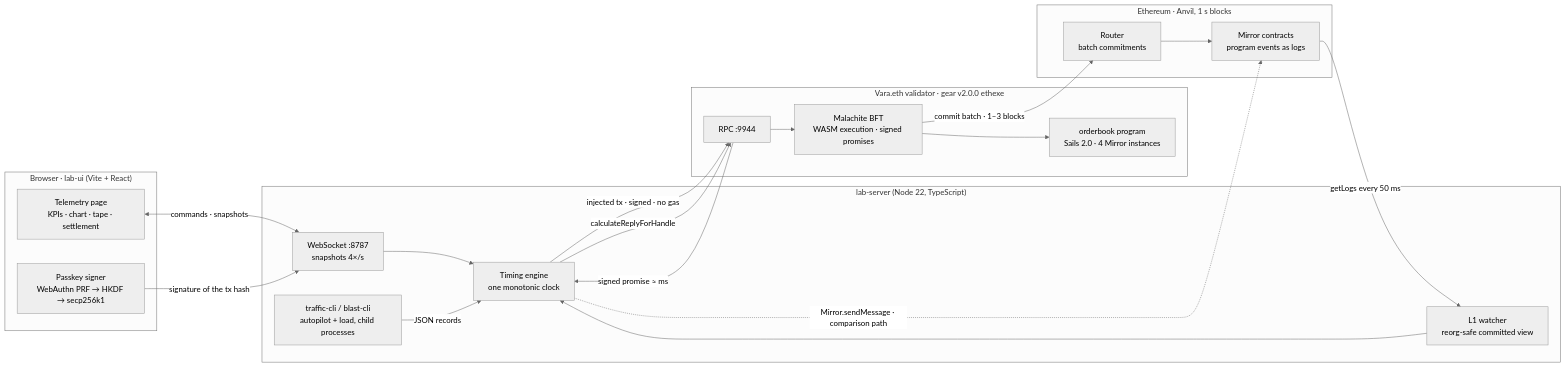
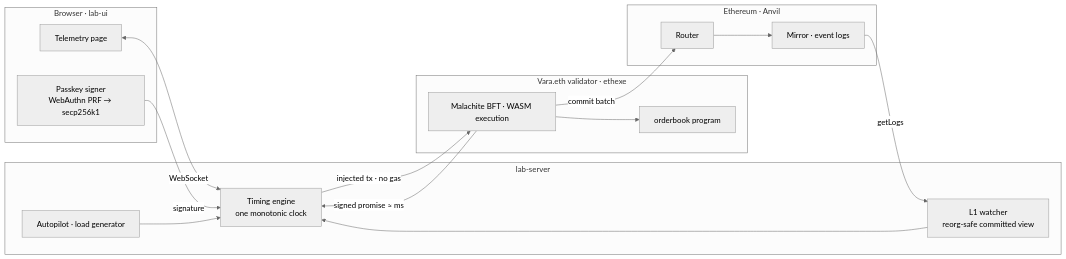
One commit to Adityaakr/vara-eth-runner changed the first of 2 diagrams in README.md. Above: the diagram before and after it, drawn with Mermaid (neutral theme). The commit also changed other lines of this file, not shown here.

````diff
--- a/README.md
+++ b/README.md
@@ -11,33 +11,28 @@
 ```mermaid
 flowchart LR
-  subgraph Browser["Browser · lab-ui (Vite + React)"]
-    UI["Telemetry page<br/>KPIs · chart · tape · settlement"]
-    PK["Passkey signer<br/>WebAuthn PRF → HKDF → secp256k1"]
+  subgraph Browser["Browser · lab-ui"]
+    UI["Telemetry page"]
+    PK["Passkey signer<br/>WebAuthn PRF → secp256k1"]
   end
-  subgraph Server["lab-server (Node 22, TypeScript)"]
-    WS["WebSocket :8787<br/>snapshots 4×/s"]
+  subgraph Server["lab-server"]
     ENG["Timing engine<br/>one monotonic clock"]
     WATCH["L1 watcher<br/>reorg-safe committed view"]
-    AUTO["traffic-cli / blast-cli<br/>autopilot + load, child processes"]
+    AUTO["Autopilot · load generator"]
   end
-  subgraph Vara["Vara.eth validator · gear v2.0.0 ethexe"]
-    RPC["RPC :9944"]
-    EXEC["Malachite BFT<br/>WASM execution · signed promises"]
-    PRG["orderbook program<br/>Sails 2.0 · 4 Mirror instances"]
+  subgraph Vara["Vara.eth validator · ethexe"]
+    EXEC["Malachite BFT · WASM execution"]
+    PRG["orderbook program"]
   end
-  subgraph Eth["Ethereum · Anvil, 1 s blocks"]
-    ROUTER["Router<br/>batch commitments"]
-    MIRROR["Mirror contracts<br/>program events as logs"]
+  subgraph Eth["Ethereum · Anvil"]
+    ROUTER["Router"]
+    MIRROR["Mirror · event logs"]
   end
-  UI <-->|"commands · snapshots"| WS
-  PK -->|"signature of the tx hash"| WS
-  WS --> ENG
-  AUTO -->|"JSON records"| ENG
-  ENG -->|"injected tx · signed · no gas"| RPC
-  RPC -->|"signed promise ≈ ms"| ENG
-  ENG -->|"calculateReplyForHandle"| RPC
-  RPC --> EXEC --> PRG
-  EXEC -->|"commit batch · 1–3 blocks"| ROUTER --> MIRROR
-  MIRROR -->|"getLogs every 50 ms"| WATCH --> ENG
-  ENG -.->|"Mirror.sendMessage · comparison path"| MIRROR
+  UI <-->|"WebSocket"| ENG
+  PK -->|"signature"| ENG
+  AUTO --> ENG
+  ENG -->|"injected tx · no gas"| EXEC
+  EXEC -->|"signed promise ≈ ms"| ENG
+  EXEC --> PRG
+  EXEC -->|"commit batch"| ROUTER --> MIRROR
+  MIRROR -->|"getLogs"| WATCH --> ENG
 ```
````
